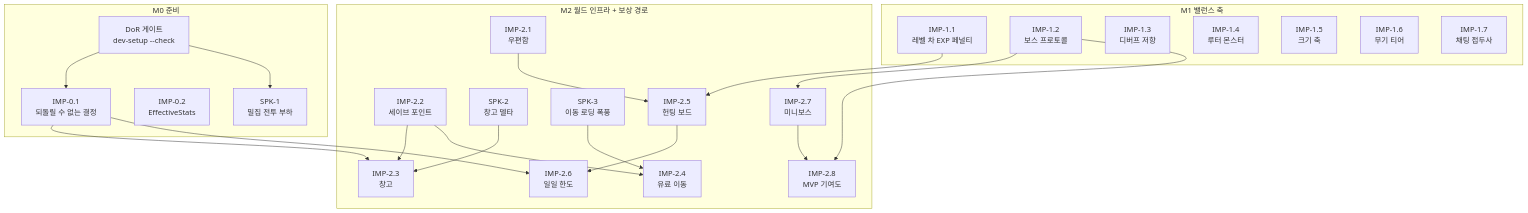
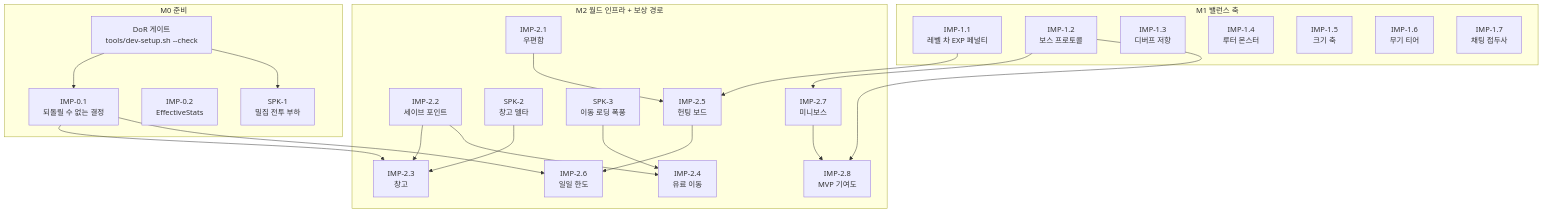
Before and after one commit to evelynn/OpenMMO-V1: the first of 2 diagrams in doc/DEVELOPMENT_MASTER_PLAN.md, drawn with Mermaid. The commit also changed other lines of this file and 11 other files, not shown here.

````diff
--- a/doc/DEVELOPMENT_MASTER_PLAN.md
+++ b/doc/DEVELOPMENT_MASTER_PLAN.md
@@ -110,47 +115,47 @@
 ```mermaid
 flowchart TD
   subgraph M0["M0 준비"]
-    R["DoR 게이트<br/>dev-setup --check"]
+    R["DoR 게이트<br/>tools/dev-setup.sh --check"]
     I01["IMP-0.1<br/>되돌릴 수 없는 결정"]
     I02["IMP-0.2<br/>EffectiveStats"]
     S1["SPK-1<br/>밀집 전투 부하"]
   end
 
   subgraph M1["M1 밸런스 축"]
     I11["IMP-1.1<br/>레벨 차 EXP 페널티"]
     I12["IMP-1.2<br/>보스 프로토콜"]
     I13["IMP-1.3<br/>디버프 저항"]
     I14["IMP-1.4<br/>루터 몬스터"]
     I15["IMP-1.5<br/>크기 축"]
     I16["IMP-1.6<br/>무기 티어"]
     I17["IMP-1.7<br/>채팅 접두사"]
   end
 
   subgraph M2["M2 월드 인프라 + 보상 경로"]
     I21["IMP-2.1<br/>우편함"]
     I22["IMP-2.2<br/>세이브 포인트"]
     S2["SPK-2<br/>창고 델타"]
     I23["IMP-2.3<br/>창고"]
     S3["SPK-3<br/>이동 로딩 폭풍"]
     I24["IMP-2.4<br/>유료 이동"]
     I25["IMP-2.5<br/>헌팅 보드"]
     I26["IMP-2.6<br/>일일 한도"]
     I27["IMP-2.7<br/>미니보스"]
     I28["IMP-2.8<br/>MVP 기여도"]
   end
 
   R --> I01
   R --> S1
   I01 --> I23
   I01 --> I26
   I11 --> I25
   I12 --> I27
   I12 --> I28
   I27 --> I28
   I21 --> I25
   I25 --> I26
   I22 --> I23
   I22 --> I24
   S2 --> I23
   S3 --> I24
 ```
````
